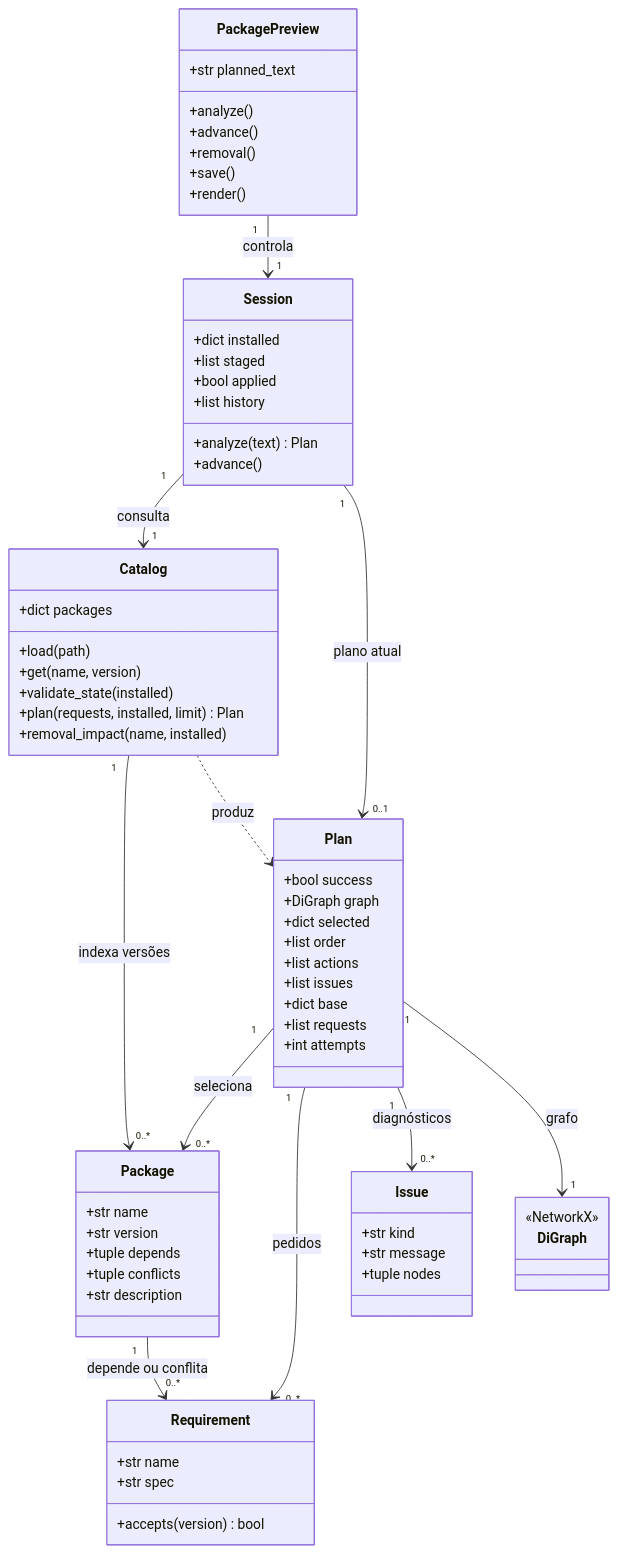
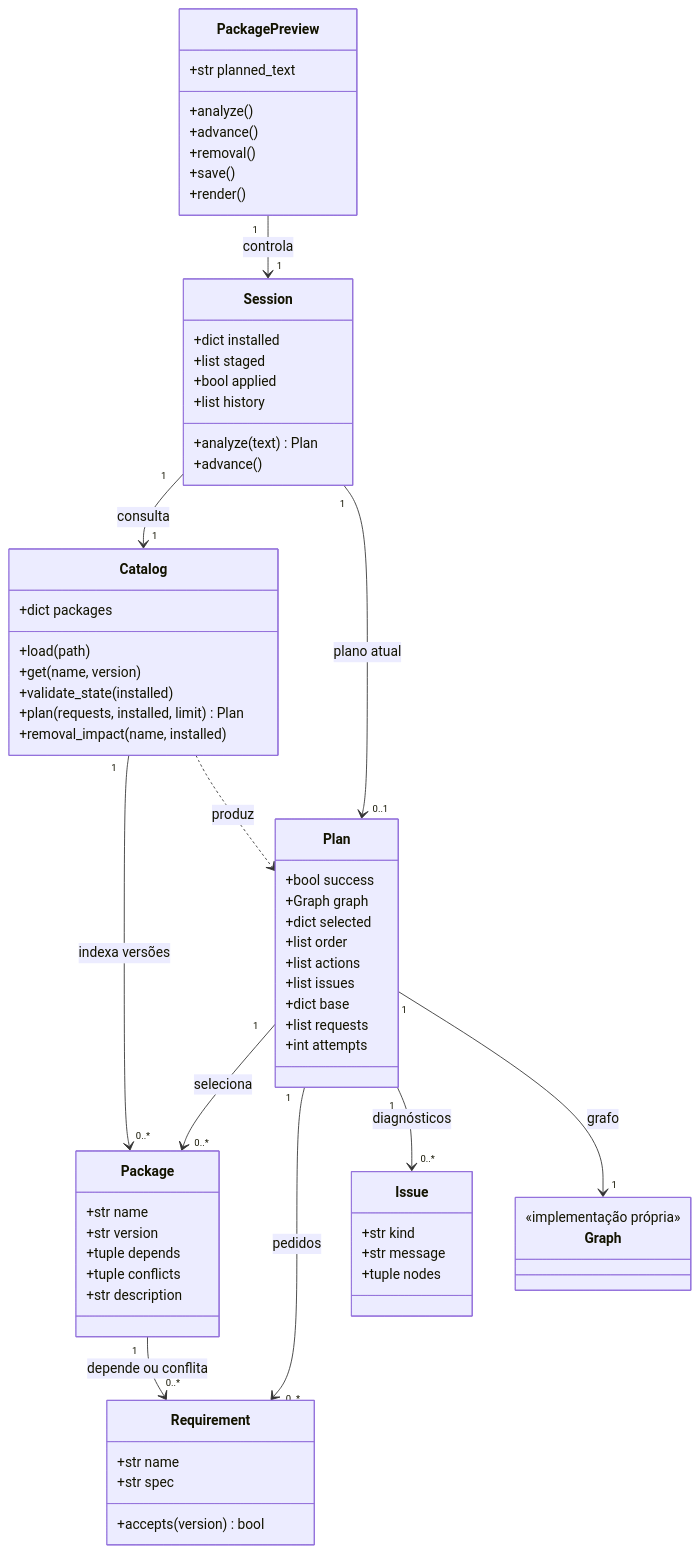
One commit to caiokfuri/gestaoDependencias changed the first of 3 diagrams in docs/modelagem/arquitetura.md. Above: the diagram before and after it, drawn with Mermaid. The commit also changed other lines of this file and 82 other files, not shown here.

````diff
--- a/docs/modelagem/arquitetura.md
+++ b/docs/modelagem/arquitetura.md
@@ -9,68 +9,68 @@
 ```mermaid
 classDiagram
     class Requirement {
         +str name
         +str spec
         +accepts(version) bool
     }
     class Package {
         +str name
         +str version
         +tuple depends
         +tuple conflicts
         +str description
     }
     class Issue {
         +str kind
         +str message
         +tuple nodes
     }
     class Plan {
         +bool success
-        +DiGraph graph
+        +Graph graph
         +dict selected
         +list order
         +list actions
         +list issues
         +dict base
         +list requests
         +int attempts
     }
     class Catalog {
         +dict packages
         +load(path)
         +get(name, version)
         +validate_state(installed)
         +plan(requests, installed, limit) Plan
         +removal_impact(name, installed)
     }
     class Session {
         +dict installed
         +list staged
         +bool applied
         +list history
         +analyze(text) Plan
         +advance()
     }
     class PackagePreview {
         +str planned_text
         +analyze()
         +advance()
         +removal()
         +save()
         +render()
     }
-    class DiGraph {
-        <<NetworkX>>
+    class Graph {
+        <<implementação própria>>
     }
     Catalog "1" --> "0..*" Package : indexa versões
     Package "1" --> "0..*" Requirement : depende ou conflita
     Plan "1" --> "0..*" Package : seleciona
     Plan "1" --> "0..*" Requirement : pedidos
     Plan "1" --> "0..*" Issue : diagnósticos
-    Plan "1" --> "1" DiGraph : grafo
+    Plan "1" --> "1" Graph : grafo
     Session "1" --> "1" Catalog : consulta
     Session "1" --> "0..1" Plan : plano atual
     PackagePreview "1" --> "1" Session : controla
     Catalog ..> Plan : produz
 ```
````
